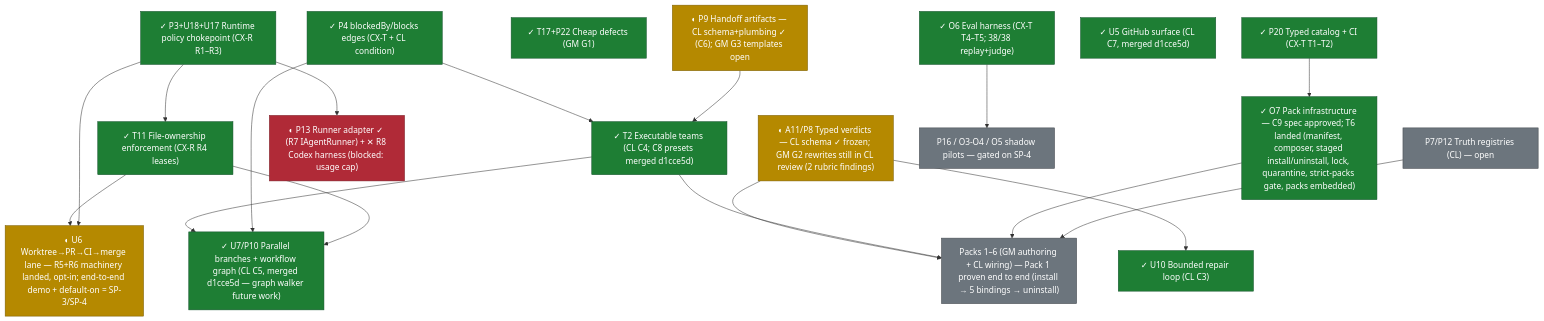
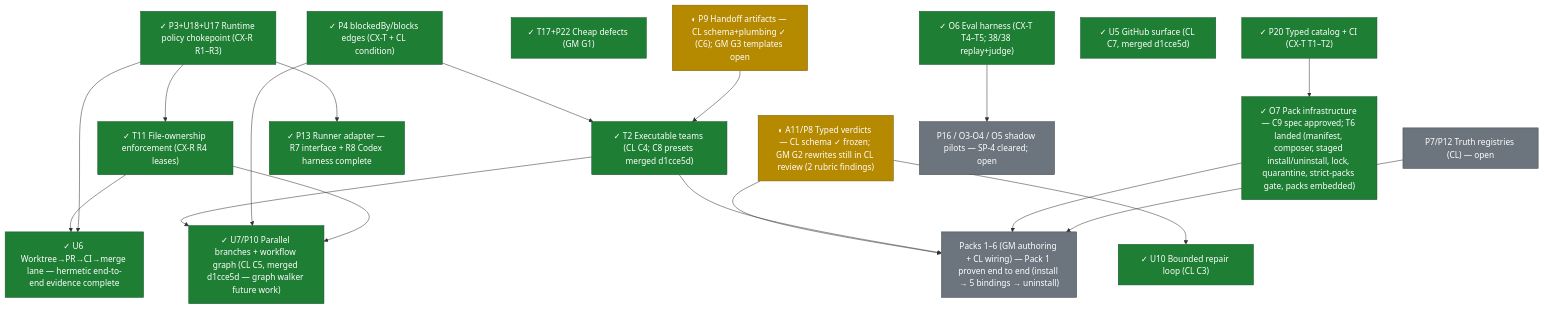
One commit to FoodBreakPedro/GigaClaw changed the diagram in doc/roadmap/index.md. Above: the diagram before and after it, drawn with Mermaid. The commit also changed other lines of this file and 7 other files, not shown here.

Commit message:
docs(roadmap): checkpoint R8 and remaining execution plan

````diff
--- a/doc/roadmap/index.md
+++ b/doc/roadmap/index.md
@@ -104,41 +107,41 @@
 ```mermaid
 flowchart TD
     P3["✓ P3+U18+U17 Runtime policy chokepoint (CX-R R1–R3)"]:::done
     P20["✓ P20 Typed catalog + CI (CX-T T1–T2)"]:::done
     QF["✓ T17+P22 Cheap defects (GM G1)"]:::done
     A11["◐ A11/P8 Typed verdicts — CL schema ✓ frozen; GM G2 rewrites still in CL review (2 rubric findings)"]:::partial
     U10["✓ U10 Bounded repair loop (CL C3)"]:::done
     O6["✓ O6 Eval harness (CX-T T4–T5; 38/38 replay+judge)"]:::done
     P4["✓ P4 blockedBy/blocks edges (CX-T + CL condition)"]:::done
     T2["✓ T2 Executable teams (CL C4; C8 presets merged d1cce5d)"]:::done
     T11["✓ T11 File-ownership enforcement (CX-R R4 leases)"]:::done
     U7["✓ U7/P10 Parallel branches + workflow graph (CL C5, merged d1cce5d — graph walker future work)"]:::done
-    U6["◐ U6 Worktree→PR→CI→merge lane — R5+R6 machinery landed, opt-in; end-to-end demo + default-on = SP-3/SP-4"]:::partial
-    P13["◐ P13 Runner adapter ✓ (R7 IAgentRunner) + ✕ R8 Codex harness (blocked: usage cap)"]:::blocked
+    U6["✓ U6 Worktree→PR→CI→merge lane — hermetic end-to-end evidence complete"]:::done
+    P13["✓ P13 Runner adapter — R7 interface + R8 Codex harness complete"]:::done
     U5["✓ U5 GitHub surface (CL C7, merged d1cce5d)"]:::done
     P9["◐ P9 Handoff artifacts — CL schema+plumbing ✓ (C6); GM G3 templates open"]:::partial
     O7["✓ O7 Pack infrastructure — C9 spec approved; T6 landed (manifest, composer, staged install/uninstall, lock, quarantine, strict-packs gate, packs embedded)"]:::done
     PACKS["Packs 1–6 (GM authoring + CL wiring) — Pack 1 proven end to end (install → 5 bindings → uninstall)"]:::open
     P7["P7/P12 Truth registries (CL) — open"]:::open
-    PILOTS["P16 / O3-O4 / O5 shadow pilots — gated on SP-4"]:::open
+    PILOTS["P16 / O3-O4 / O5 shadow pilots — SP-4 cleared; open"]:::open
 
     P3 --> T11 --> U6
     P3 --> U6
     P20 --> O7
     A11 --> U10
     A11 --> PACKS
     O6 --> PILOTS
     P4 --> T2 --> U7
     P4 --> U7
     T11 --> U7
     T2 --> PACKS
     P3 --> P13
     O7 --> PACKS
     P7 --> PACKS
     P9 --> T2
 
     classDef done fill:#1e7e34,stroke:#14532d,color:#ffffff
     classDef partial fill:#b58900,stroke:#7a5c00,color:#ffffff
     classDef blocked fill:#b02a37,stroke:#7a1d26,color:#ffffff
     classDef open fill:#6c757d,stroke:#43484d,color:#ffffff
 ```
````
